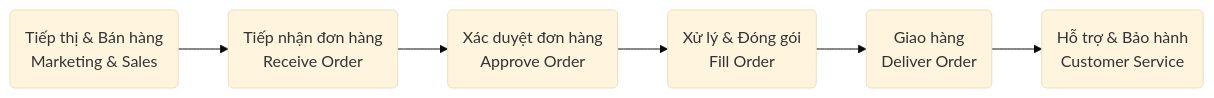
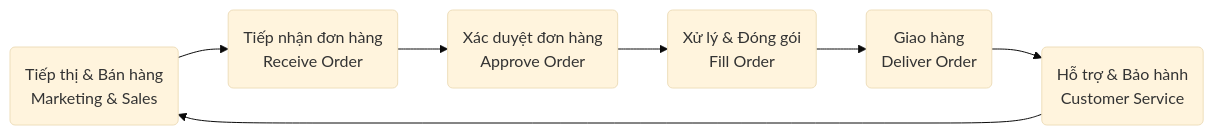
The diagram in btvn/b02-btvn02/b02-btvn02.md (sam-uit/citd-IE203), drawn with Mermaid (base theme) before and after one commit. The commit also changed other lines of this file and 1 other file, not shown here.

Commit message:
b02-btvn02-core-value-chain

````diff
--- a/btvn/b02-btvn02/b02-btvn02.md
+++ b/btvn/b02-btvn02/b02-btvn02.md
@@ -55,11 +55,11 @@
 ```mermaid
 graph LR
   nodea("Tiếp thị & Bán hàng<br>Marketing & Sales")
   nodeb("Tiếp nhận đơn hàng<br>Receive Order")
   nodec("Xác duyệt đơn hàng<br>Approve Order")
   noded("Xử lý & Đóng gói<br>Fill Order")
   nodee("Giao hàng<br>Deliver Order")
   nodef("Hỗ trợ & Bảo hành<br>Customer Service")
 
-nodea --> nodeb --> nodec --> noded --> nodee --> nodef
+nodea --> nodeb --> nodec --> noded --> nodee --> nodef --> nodea
 ```
````
